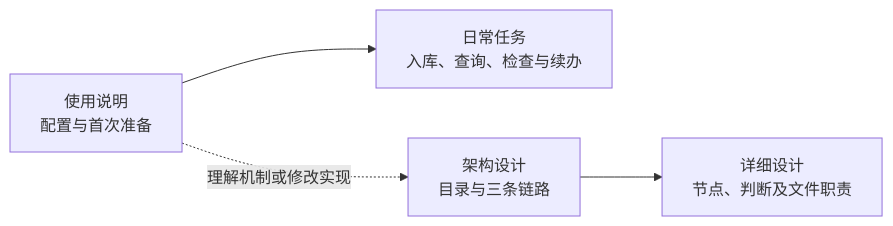
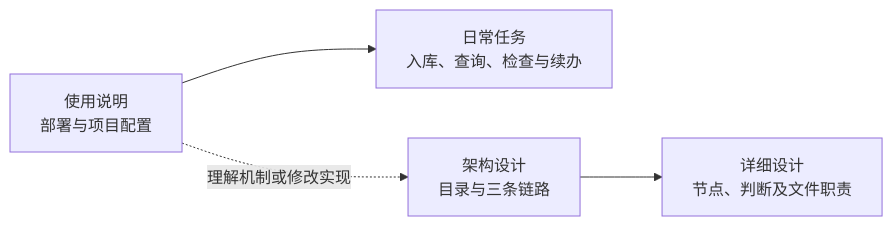
One commit to Robin-hhc/FactumCore changed the diagram in himate-knowledge-wifi-mp/docs-llm-wiki/README.md. Above: the diagram before and after it, drawn with Mermaid. The commit also changed other lines of this file and 22 other files, not shown here.

````diff
--- a/himate-knowledge-wifi-mp/docs-llm-wiki/README.md
+++ b/himate-knowledge-wifi-mp/docs-llm-wiki/README.md
@@ -5,6 +5,6 @@
 ```mermaid
 flowchart LR
-    A["使用说明<br/>配置与首次准备"] --> B["日常任务<br/>入库、查询、检查与续办"]
+    A["使用说明<br/>部署与项目配置"] --> B["日常任务<br/>入库、查询、检查与续办"]
     A -. "理解机制或修改实现" .-> C["架构设计<br/>目录与三条链路"]
     C --> D["详细设计<br/>节点、判断及文件职责"]
 ```
````
